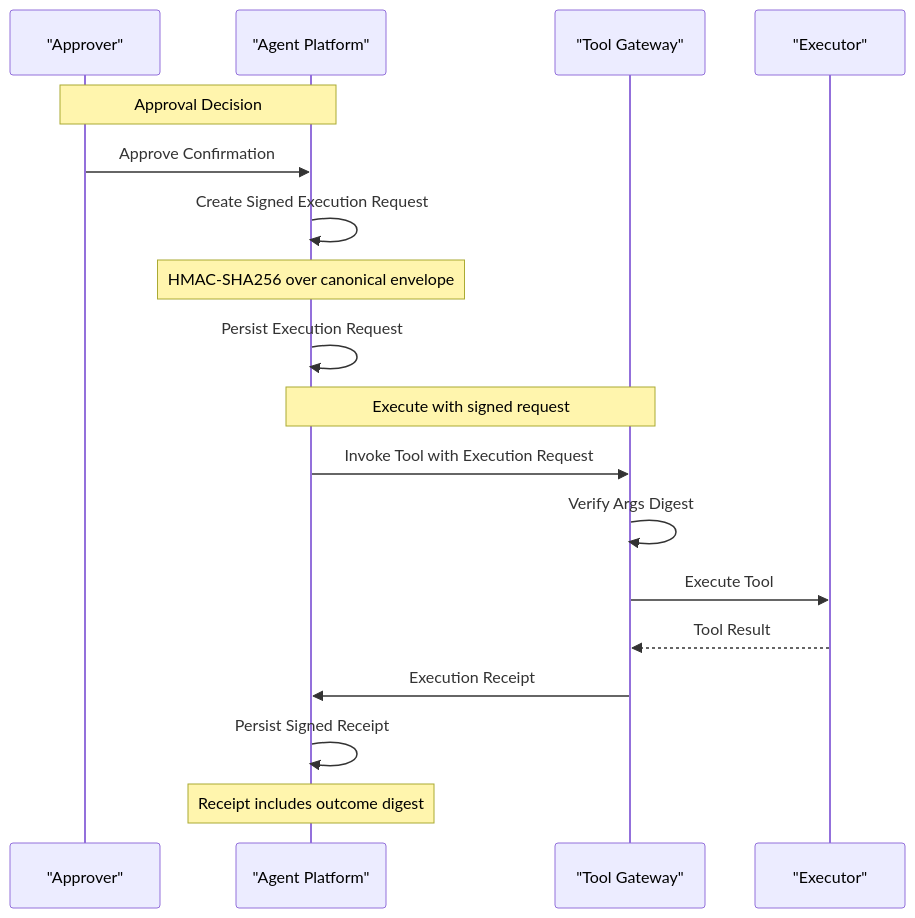
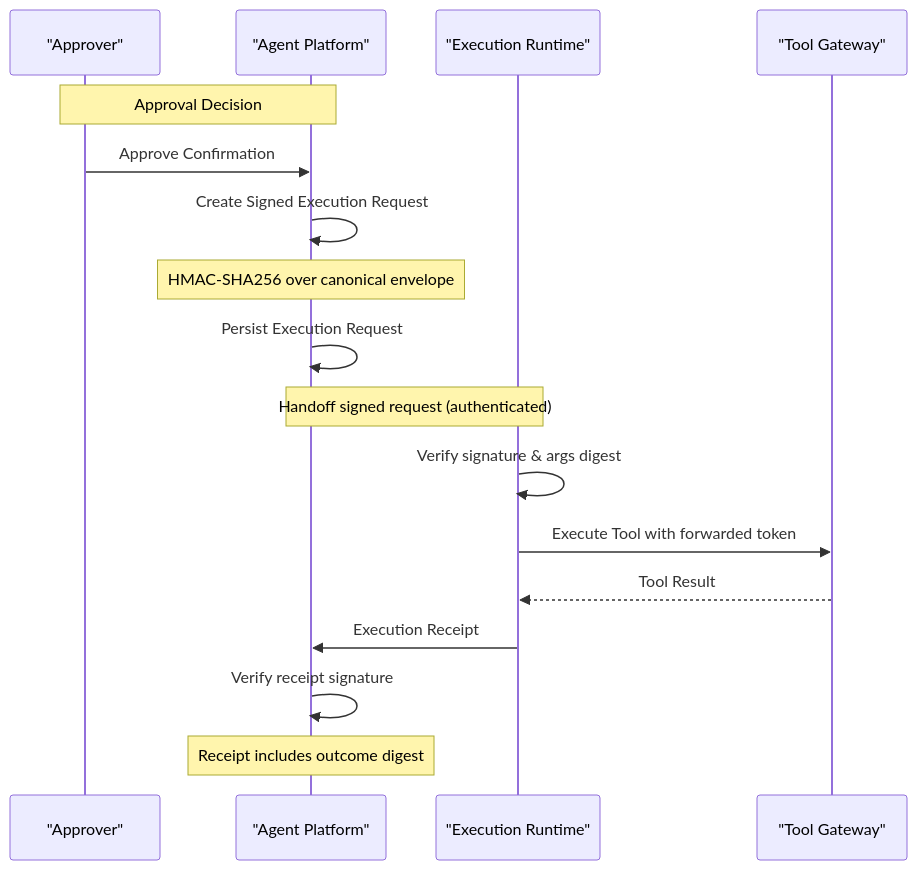
Before and after one commit to metasync/luban-aiops: the sixth of 8 diagrams in .qoder/repowiki/en/content/Project Overview.md, drawn with Mermaid. The commit also changed other lines of this file and 2 other files, not shown here.

````diff
--- a/.qoder/repowiki/en/content/Project Overview.md
+++ b/.qoder/repowiki/en/content/Project Overview.md
@@ -363,20 +379,19 @@
 ```mermaid
 sequenceDiagram
 participant Approver as "Approver"
 participant Agent as "Agent Platform"
+participant Worker as "Execution Runtime"
 participant Gateway as "Tool Gateway"
-participant Executor as "Executor"
 Note over Approver,Agent : Approval Decision
 Approver->>Agent : Approve Confirmation
 Agent->>Agent : Create Signed Execution Request
 Note over Agent : HMAC-SHA256 over canonical envelope
 Agent->>Agent : Persist Execution Request
-Note over Agent,Gateway : Execute with signed request
-Agent->>Gateway : Invoke Tool with Execution Request
-Gateway->>Gateway : Verify Args Digest
-Gateway->>Executor : Execute Tool
-Executor-->>Gateway : Tool Result
-Gateway->>Agent : Execution Receipt
-Agent->>Agent : Persist Signed Receipt
+Note over Agent,Worker : Handoff signed request (authenticated)
+Worker->>Worker : Verify signature & args digest
+Worker->>Gateway : Execute Tool with forwarded token
+Gateway-->>Worker : Tool Result
+Worker->>Agent : Execution Receipt
+Agent->>Agent : Verify receipt signature
 Note over Agent : Receipt includes outcome digest
 ```
````
